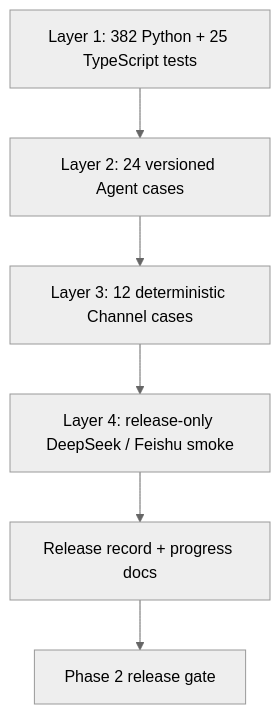
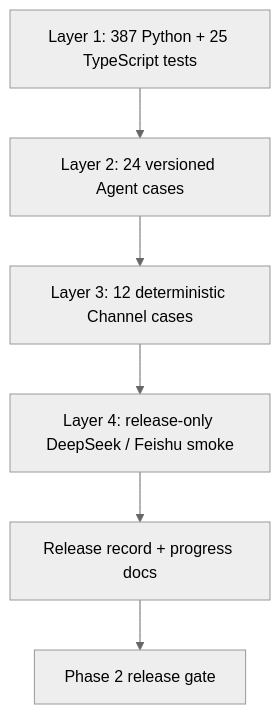
Before and after one commit to NEDONION/lobster0: the first of 4 diagrams in docs/engineering/phase-2/testing-and-debugging.md, drawn with Mermaid (neutral theme). The commit also changed other lines of this file and 22 other files, not shown here.

````diff
--- a/docs/engineering/phase-2/testing-and-debugging.md
+++ b/docs/engineering/phase-2/testing-and-debugging.md
@@ -22,8 +22,8 @@
 ```mermaid
 flowchart TB
-    UNIT["Layer 1: 382 Python + 25 TypeScript tests"] --> OFFLINE["Layer 2: 24 versioned Agent cases"]
+    UNIT["Layer 1: 387 Python + 25 TypeScript tests"] --> OFFLINE["Layer 2: 24 versioned Agent cases"]
     OFFLINE --> CHANNEL["Layer 3: 12 deterministic Channel cases"]
     CHANNEL --> LIVE["Layer 4: release-only DeepSeek / Feishu smoke"]
     LIVE --> DOC["Release record + progress docs"]
     DOC --> RELEASE["Phase 2 release gate"]
 ```
````
